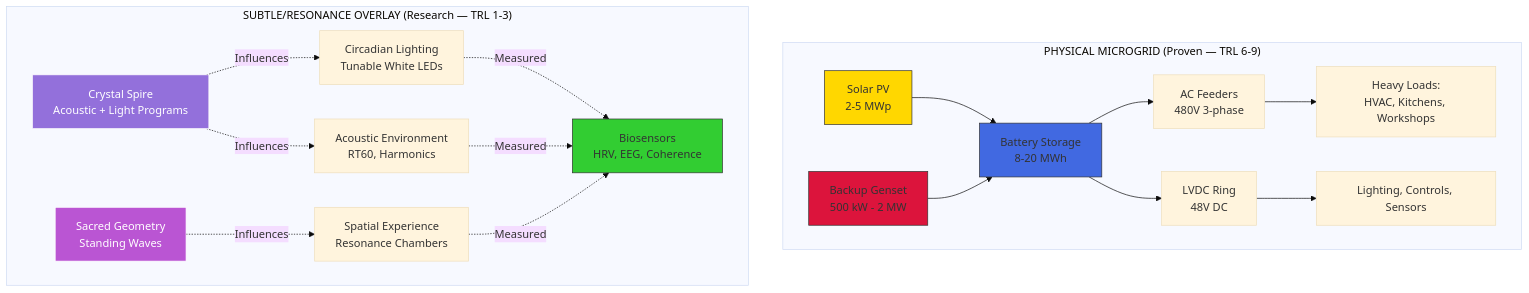
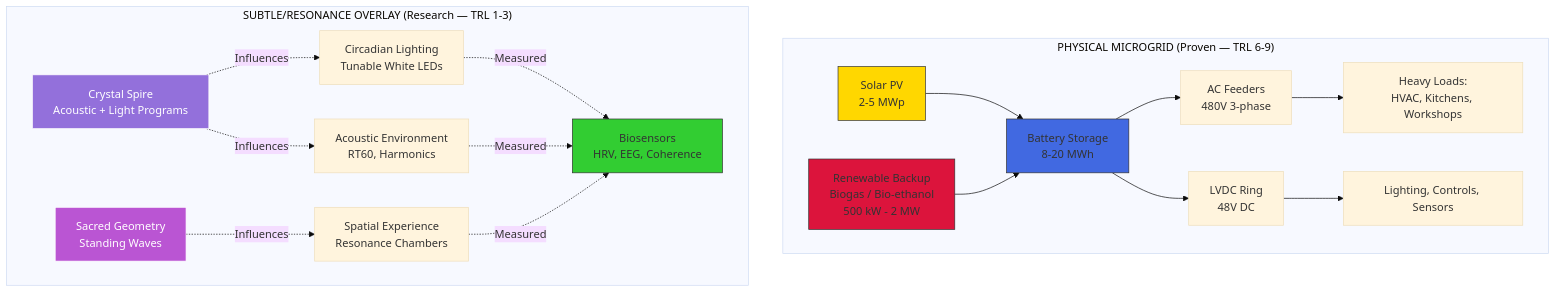
The diagram in website/docs/concepts/energy-systems.md (szemkoff/light-city-project), drawn with Mermaid (base theme) before and after one commit. The commit also changed other lines of this file and 25 other files, not shown here.

````diff
--- a/website/docs/concepts/energy-systems.md
+++ b/website/docs/concepts/energy-systems.md
@@ -211,36 +228,36 @@
 ```mermaid
 graph TD
     subgraph "PHYSICAL MICROGRID (Proven — TRL 6-9)"
         PV["Solar PV<br/>2-5 MWp"]
         BATT["Battery Storage<br/>8-20 MWh"]
-        GEN["Backup Genset<br/>500 kW - 2 MW"]
+        GEN["Renewable Backup<br/>Biogas / Bio-ethanol<br/>500 kW - 2 MW"]
         
         PV --> BATT
         GEN --> BATT
         BATT --> AC["AC Feeders<br/>480V 3-phase"]
         BATT --> DC["LVDC Ring<br/>48V DC"]
         
         AC --> LOADS_AC["Heavy Loads:<br/>HVAC, Kitchens, Workshops"]
         DC --> LOADS_DC["Lighting, Controls, Sensors"]
     end
     
     subgraph "SUBTLE/RESONANCE OVERLAY (Research — TRL 1-3)"
         SPIRE["Crystal Spire<br/>Acoustic + Light Programs"]
         GEOM["Sacred Geometry<br/>Standing Waves"]
         
         SPIRE -.->|Influences| LIGHT["Circadian Lighting<br/>Tunable White LEDs"]
         SPIRE -.->|Influences| SOUND["Acoustic Environment<br/>RT60, Harmonics"]
         GEOM -.->|Influences| SPACE["Spatial Experience<br/>Resonance Chambers"]
         
         LIGHT -.->|Measured| BIO["Biosensors<br/>HRV, EEG, Coherence"]
         SOUND -.->|Measured| BIO
         SPACE -.->|Measured| BIO
     end
     
     style PV fill:#FFD700,stroke:#333
     style BATT fill:#4169E1,stroke:#333
     style GEN fill:#DC143C,stroke:#333
     style SPIRE fill:#9370DB,stroke:#fff,color:#fff
     style GEOM fill:#BA55D3,stroke:#fff,color:#fff
     style BIO fill:#32CD32,stroke:#333
 ```
````
